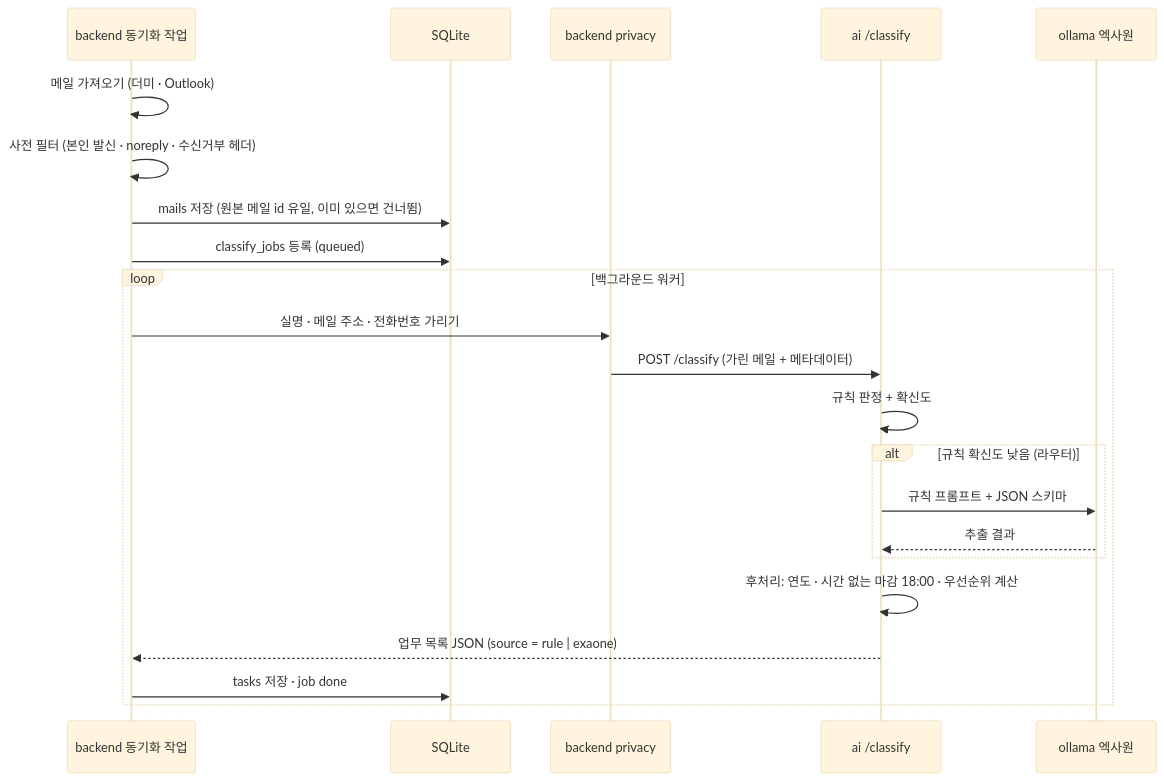
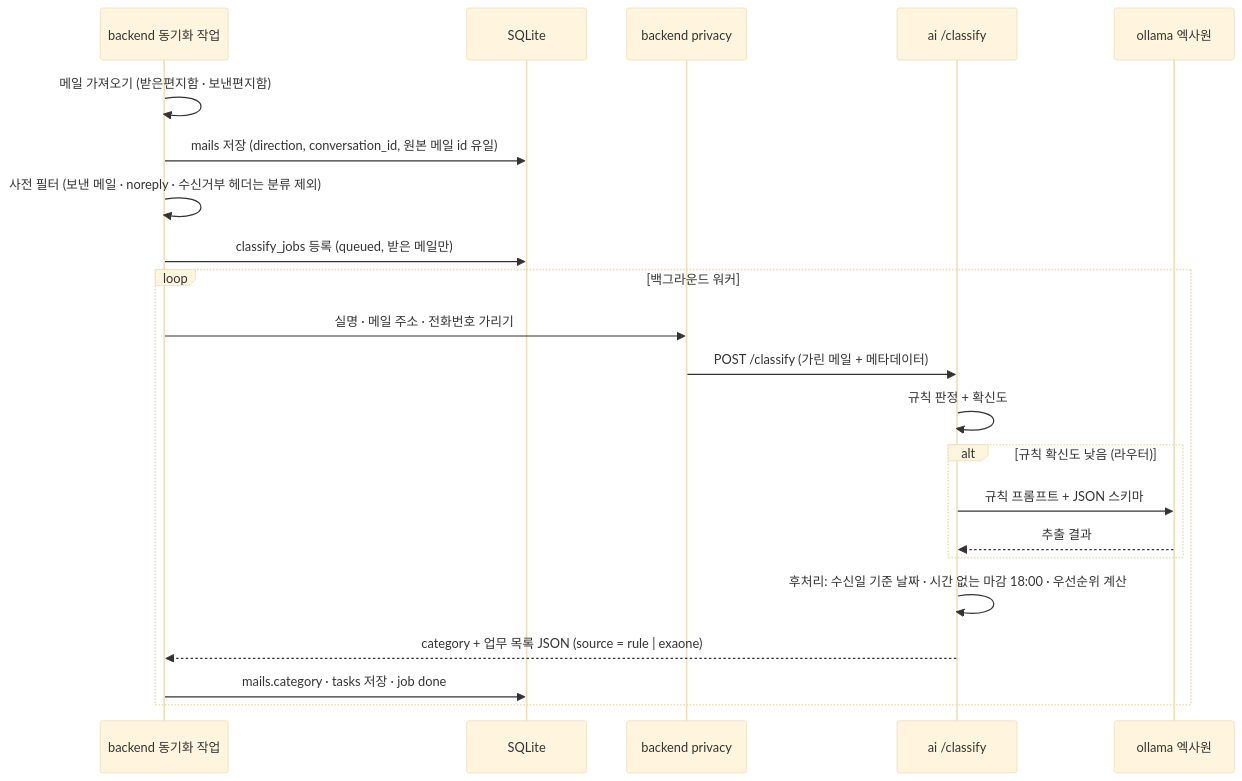
Before and after one commit to dlwodns/Teamproject_6: the third of 5 diagrams in docs/00_common/architecture.md, drawn with Mermaid (base theme). The commit also changed other lines of this file and 4 other files, not shown here.

Commit message:
docs: PL-1 PRD v3.1 · 구조도 v3.1 · handoff 갱신, 서비스 경로 외부 LLM 설정 제거

````diff
--- a/docs/00_common/architecture.md
+++ b/docs/00_common/architecture.md
@@ -122,24 +149,24 @@
 ```mermaid
 sequenceDiagram
   participant S as backend 동기화 작업
   participant DB as SQLite
   participant P as backend privacy
   participant AI as ai /classify
   participant L as ollama 엑사원
-  S->>S: 메일 가져오기 (더미 · Outlook)
-  S->>S: 사전 필터 (본인 발신 · noreply · 수신거부 헤더)
-  S->>DB: mails 저장 (원본 메일 id 유일, 이미 있으면 건너뜀)
-  S->>DB: classify_jobs 등록 (queued)
+  S->>S: 메일 가져오기 (받은편지함 · 보낸편지함)
+  S->>DB: mails 저장 (direction, conversation_id, 원본 메일 id 유일)
+  S->>S: 사전 필터 (보낸 메일 · noreply · 수신거부 헤더는 분류 제외)
+  S->>DB: classify_jobs 등록 (queued, 받은 메일만)
   loop 백그라운드 워커
     S->>P: 실명 · 메일 주소 · 전화번호 가리기
     P->>AI: POST /classify (가린 메일 + 메타데이터)
     AI->>AI: 규칙 판정 + 확신도
     alt 규칙 확신도 낮음 (라우터)
       AI->>L: 규칙 프롬프트 + JSON 스키마
       L-->>AI: 추출 결과
     end
-    AI->>AI: 후처리: 연도 · 시간 없는 마감 18:00 · 우선순위 계산
-    AI-->>S: 업무 목록 JSON (source = rule | exaone)
-    S->>DB: tasks 저장 · job done
+    AI->>AI: 후처리: 수신일 기준 날짜 · 시간 없는 마감 18:00 · 우선순위 계산
+    AI-->>S: category + 업무 목록 JSON (source = rule | exaone)
+    S->>DB: mails.category · tasks 저장 · job done
   end
 ```
````
